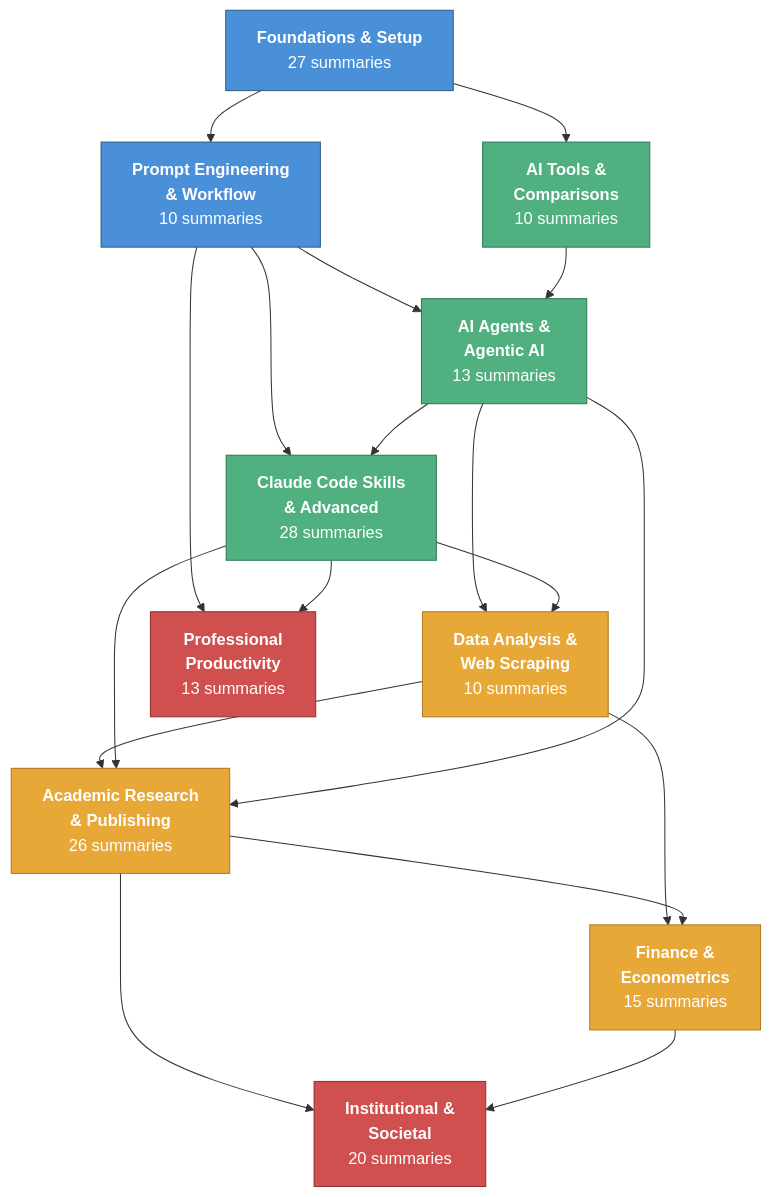
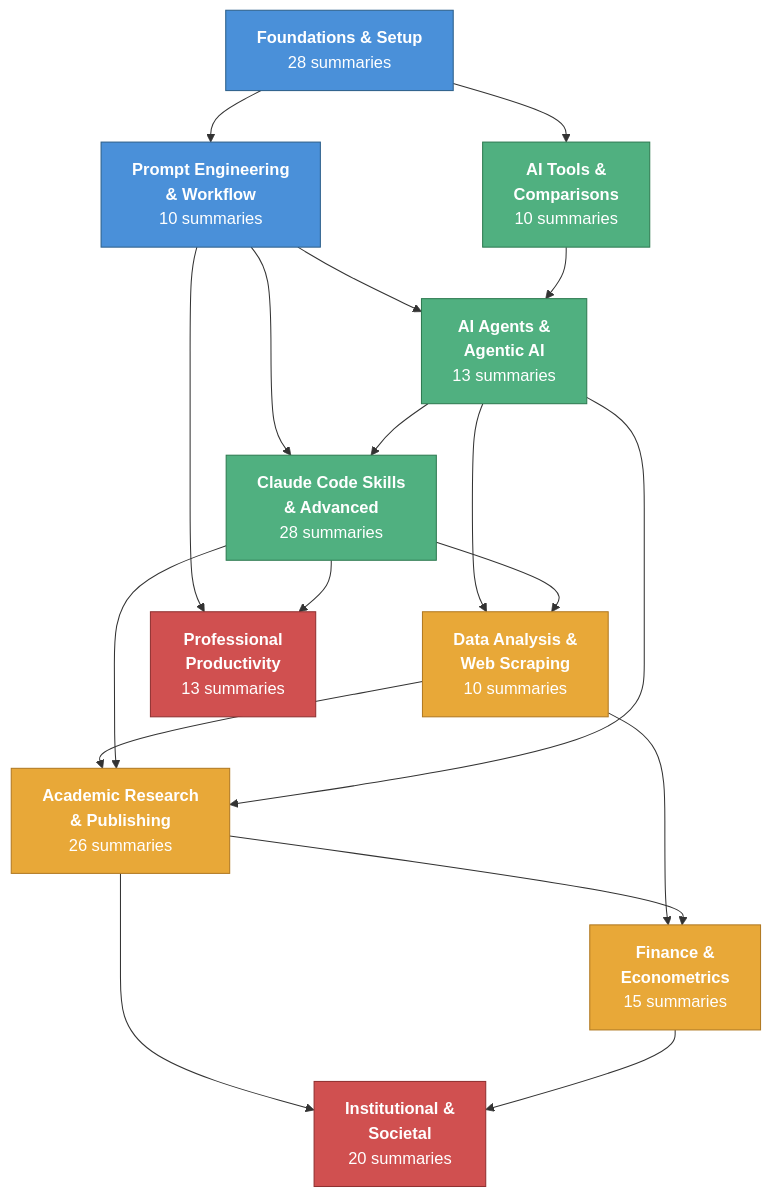
Before and after one commit to velikov-mihail/ai-econ-wiki: the diagram in wiki/visualizations/category-map.md, drawn with Mermaid. The commit also changed 1 other file, not shown here.

Commit message:
Refresh derived pages: foundations-setup count 27→28

````diff
--- a/wiki/visualizations/category-map.md
+++ b/wiki/visualizations/category-map.md
@@ -11,49 +11,49 @@
 ```mermaid
 graph TD
-    FS["<b>Foundations & Setup</b><br/>27 summaries"]
+    FS["<b>Foundations & Setup</b><br/>28 summaries"]
     PE["<b>Prompt Engineering<br/>& Workflow</b><br/>10 summaries"]
     AG["<b>AI Agents &<br/>Agentic AI</b><br/>13 summaries"]
     CS["<b>Claude Code Skills<br/>& Advanced</b><br/>28 summaries"]
     DA["<b>Data Analysis &<br/>Web Scraping</b><br/>10 summaries"]
     AR["<b>Academic Research<br/>& Publishing</b><br/>26 summaries"]
     FE["<b>Finance &<br/>Econometrics</b><br/>15 summaries"]
     AT["<b>AI Tools &<br/>Comparisons</b><br/>10 summaries"]
     IS["<b>Institutional &<br/>Societal</b><br/>20 summaries"]
     PP["<b>Professional<br/>Productivity</b><br/>13 summaries"]
 
     %% Foundational layer
     FS --> PE
     FS --> AT
     PE --> AG
     PE --> CS
 
     %% Technical layer
     AG --> CS
     AG --> DA
     CS --> DA
     AT --> AG
 
     %% Applied layer
     DA --> AR
     DA --> FE
     AR --> FE
     CS --> AR
     AG --> AR
 
     %% Productivity & big picture
     PE --> PP
     CS --> PP
     AR --> IS
     FE --> IS
 
     %% Styling
     classDef foundation fill:#4a90d9,stroke:#2c5f8a,color:#fff
     classDef technical fill:#50b080,stroke:#2d7a50,color:#fff
     classDef applied fill:#e8a838,stroke:#b07820,color:#fff
     classDef bigpicture fill:#d05050,stroke:#903030,color:#fff
 
     class FS,PE foundation
     class AG,CS,AT technical
     class DA,AR,FE applied
     class IS,PP bigpicture
 ```
````
